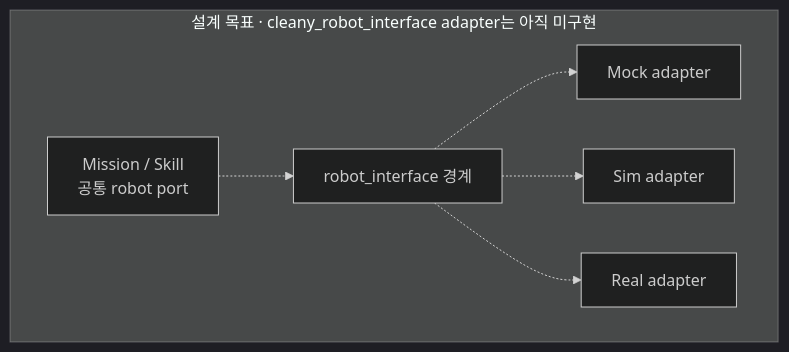
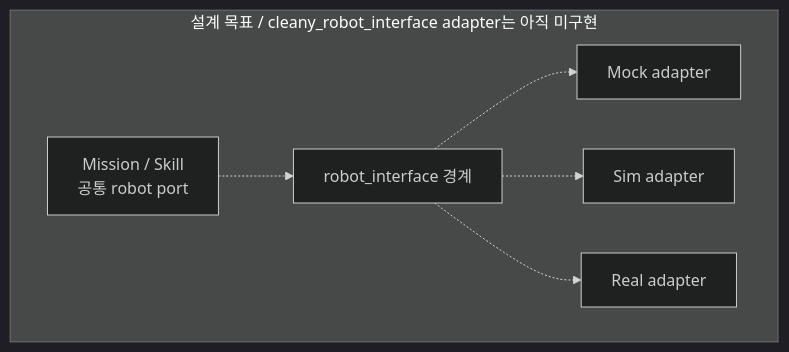
One commit to asm17-moving-agent/cleany changed the second of 2 diagrams in docs/INTEGRATION.md. Above: the diagram before and after it, drawn with Mermaid (dark theme). The commit also changed other lines of this file and 24 other files, not shown here.

Commit message:
docs: Mermaid 흐름도를 보완하고 가운뎃점 나열을 제거

````diff
--- a/docs/INTEGRATION.md
+++ b/docs/INTEGRATION.md
@@ -38,14 +38,14 @@
 ```mermaid
 flowchart TB
-    subgraph Goal["설계 목표 · cleany_robot_interface adapter는 아직 미구현"]
+    subgraph Goal["설계 목표 / cleany_robot_interface adapter는 아직 미구현"]
         Consumer["Mission / Skill<br/>공통 robot port"]
         Interface["robot_interface 경계"]
         Mock["Mock adapter"]
         Sim["Sim adapter"]
         Real["Real adapter"]
         Consumer -.-> Interface
         Interface -.-> Mock
         Interface -.-> Sim
         Interface -.-> Real
     end
 ```
````
